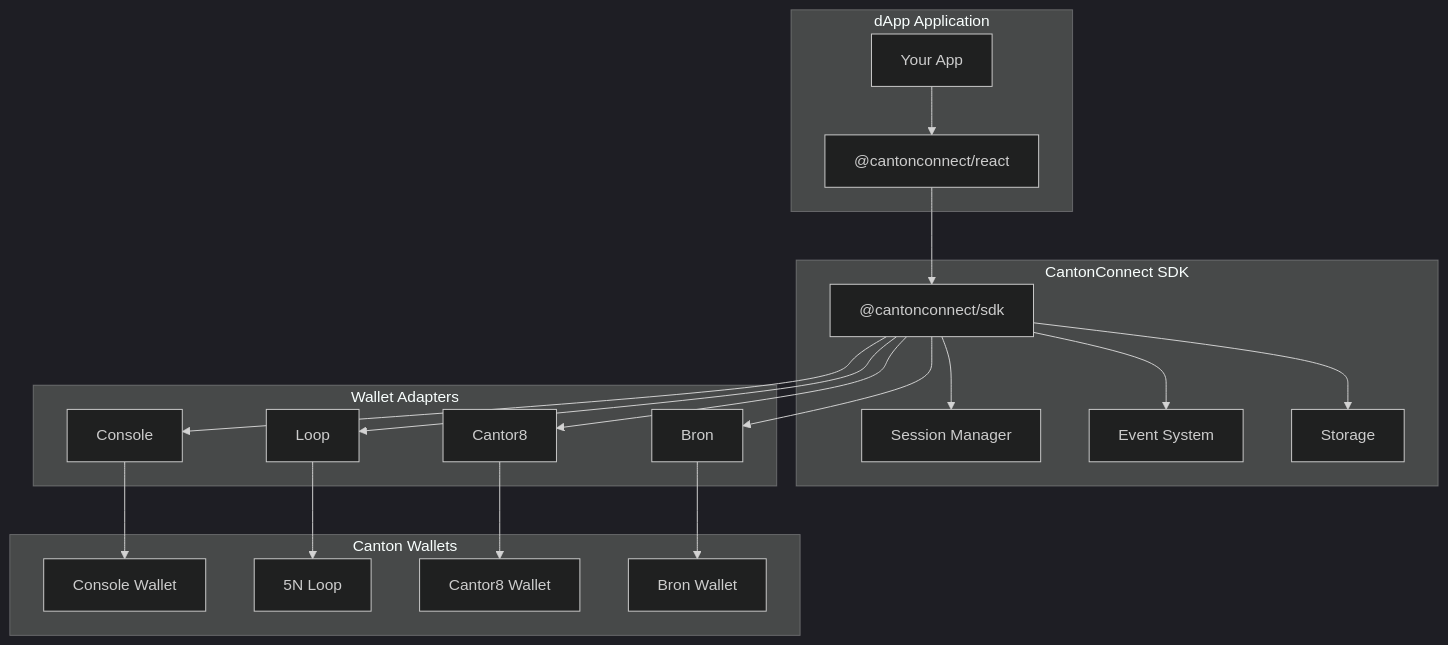
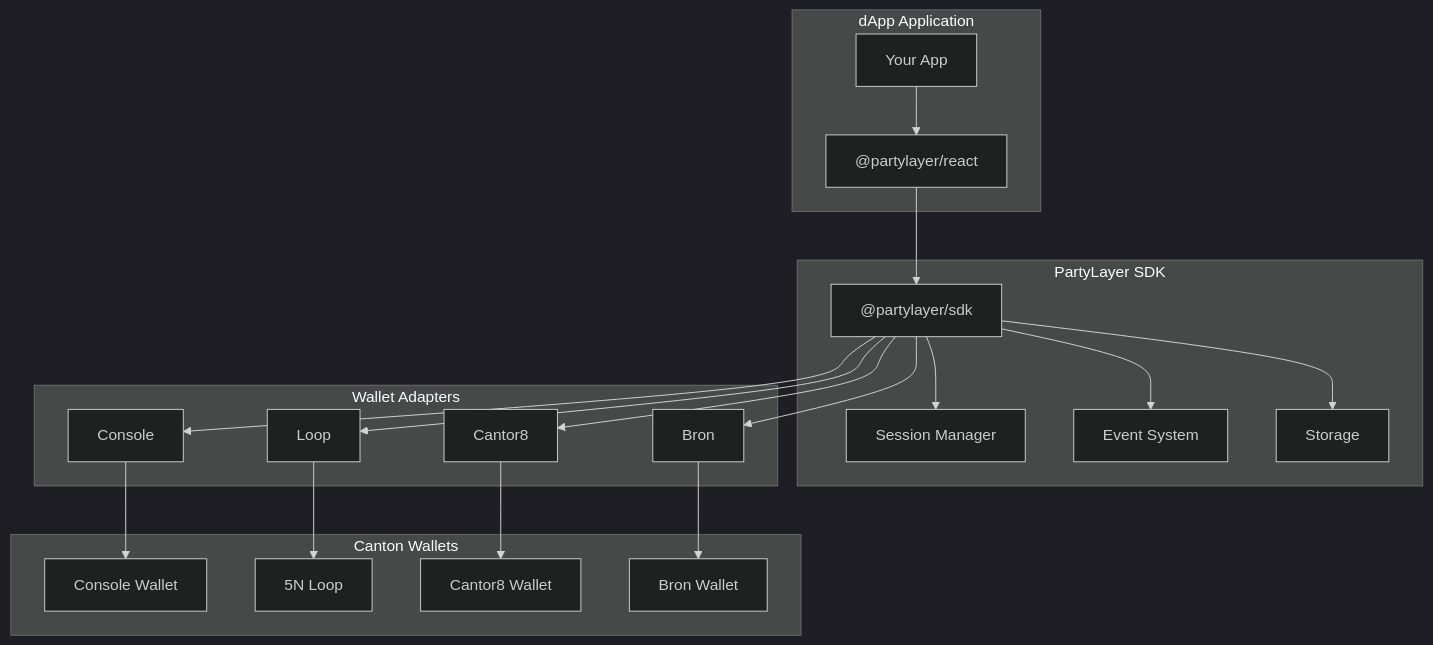
The diagram in README.md (cayvox/PartyLayer), drawn with Mermaid (dark theme) before and after one commit. The commit also changed other lines of this file and 128 other files, not shown here.

First line of the commit message:
chore: rebrand from CantonConnect to PartyLayer

````diff
--- a/README.md
+++ b/README.md
@@ -360,42 +360,42 @@
 ```mermaid
 graph TD
     subgraph dApp[dApp Application]
         A[Your App]
-        B["@cantonconnect/react"]
+        B["@partylayer/react"]
     end
 
-    subgraph SDK[CantonConnect SDK]
-        C["@cantonconnect/sdk"]
+    subgraph SDK[PartyLayer SDK]
+        C["@partylayer/sdk"]
         D[Session Manager]
         E[Event System]
         F[Storage]
     end
 
     subgraph Adapters[Wallet Adapters]
         G[Console]
         H[Loop]
         I[Cantor8]
         J[Bron]
     end
 
     subgraph Wallets[Canton Wallets]
         K[Console Wallet]
         L[5N Loop]
         M[Cantor8 Wallet]
         N[Bron Wallet]
     end
 
     A --> B
     B --> C
     C --> D
     C --> E
     C --> F
     C --> G
     C --> H
     C --> I
     C --> J
     G --> K
     H --> L
     I --> M
     J --> N
 ```
````
